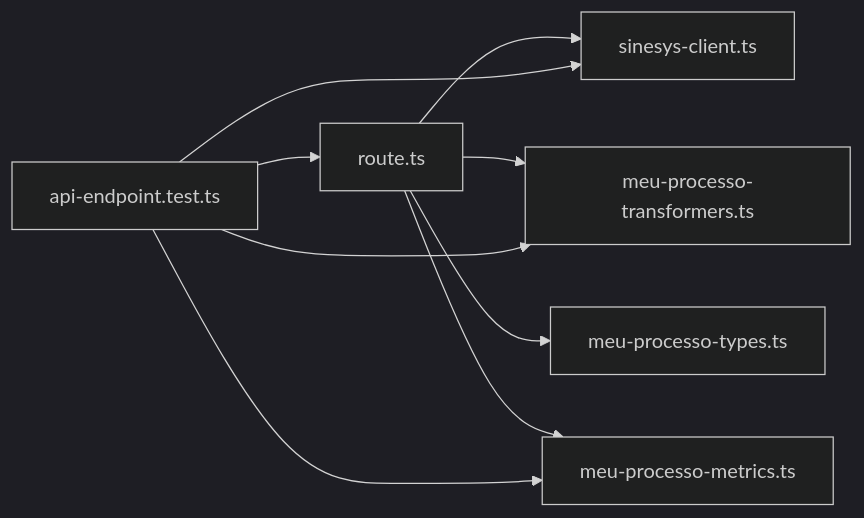
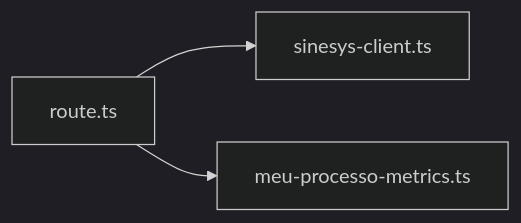
Before and after one commit to SinesysTech/zattar-os: the fourth of 4 diagrams in .qoder/repowiki/en/content/API Reference/Data Capture Endpoints/Meu Processo Consulta Endpoint.md, drawn with Mermaid (dark theme). The commit also changed other lines of this file and 13 other files, not shown here.

First line of the commit message:
refactor(api-meu-processo): simplificar consulta removendo fallback do webhook N8N

````diff
--- a/.qoder/repowiki/en/content/API Reference/Data Capture Endpoints/Meu Processo Consulta Endpoint.md
+++ b/.qoder/repowiki/en/content/API Reference/Data Capture Endpoints/Meu Processo Consulta Endpoint.md
@@ -296,11 +228,5 @@
 ```mermaid
 graph LR
 ROUTE["route.ts"] --> CLIENT["sinesys-client.ts"]
-ROUTE --> TRANS["meu-processo-transformers.ts"]
-ROUTE --> TYPES["meu-processo-types.ts"]
 ROUTE --> METRICS["meu-processo-metrics.ts"]
-TESTS["api-endpoint.test.ts"] --> ROUTE
-TESTS --> CLIENT
-TESTS --> TRANS
-TESTS --> METRICS
 ```
````
